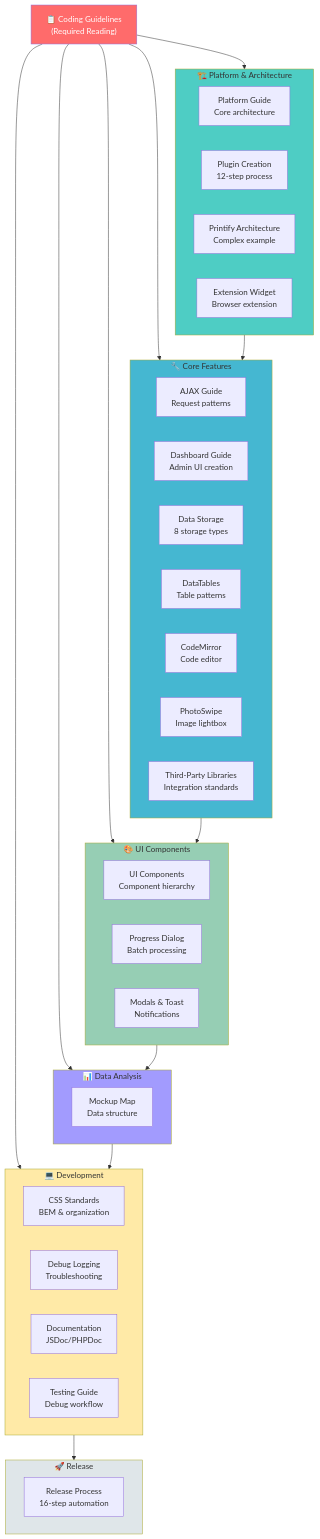
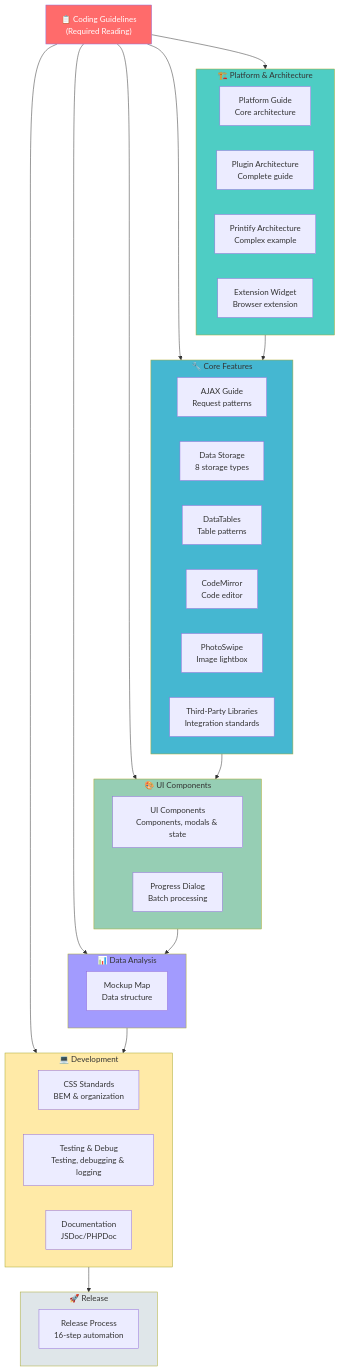
Before and after one commit to tdemelle-SiP/.claude: the diagram in index.md, drawn with Mermaid. The commit also changed other lines of this file and 13 other files, not shown here.

````diff
--- a/index.md
+++ b/index.md
@@ -81,62 +78,59 @@
 ```mermaid
 graph TD
     Guidelines["📋 Coding Guidelines<br/>(Required Reading)"]
     
     subgraph Platform["🏗️ Platform & Architecture"]
         PlatformGuide["Platform Guide<br/>Core architecture"]
-        Creation["Plugin Creation<br/>12-step process"]
+        Architecture["Plugin Architecture<br/>Complete guide"]
         PrintifyArch["Printify Architecture<br/>Complex example"]
         Extension["Extension Widget<br/>Browser extension"]
     end
     
     subgraph Features["🔧 Core Features"]
         Ajax["AJAX Guide<br/>Request patterns"]
-        Dashboards["Dashboard Guide<br/>Admin UI creation"]
         Storage["Data Storage<br/>8 storage types"]
         DataTables["DataTables<br/>Table patterns"]
         CodeMirror["CodeMirror<br/>Code editor"]
         PhotoSwipe["PhotoSwipe<br/>Image lightbox"]
         ThirdParty["Third-Party Libraries<br/>Integration standards"]
     end
     
     subgraph UI["🎨 UI Components"]
-        Components["UI Components<br/>Component hierarchy"]
+        Components["UI Components<br/>Components, modals & state"]
         Progress["Progress Dialog<br/>Batch processing"]
-        Modals["Modals & Toast<br/>Notifications"]
     end
     
     subgraph Data["📊 Data Analysis"]
         MockupMap["Mockup Map<br/>Data structure"]
     end
     
     subgraph Dev["💻 Development"]
         CSS["CSS Standards<br/>BEM & organization"]
-        Debug["Debug Logging<br/>Troubleshooting"]
+        TestDebug["Testing & Debug<br/>Testing, debugging & logging"]
         Docs["Documentation<br/>JSDoc/PHPDoc"]
-        Testing["Testing Guide<br/>Debug workflow"]
     end
     
     subgraph Release["🚀 Release"]
         ReleaseMgmt["Release Process<br/>16-step automation"]
     end
     
     Guidelines --> Platform
     Guidelines --> Features
     Guidelines --> UI
     Guidelines --> Data
     Guidelines --> Dev
     
     Platform --> Features
     Features --> UI
     UI --> Data
     Data --> Dev
     Dev --> Release
     
     style Guidelines fill:#ff6b6b,color:#fff
     style Platform fill:#4ecdc4
     style Features fill:#45b7d1
     style UI fill:#96ceb4
     style Data fill:#a29bfe
     style Dev fill:#ffeaa7
     style Release fill:#dfe6e9
 ```
````
